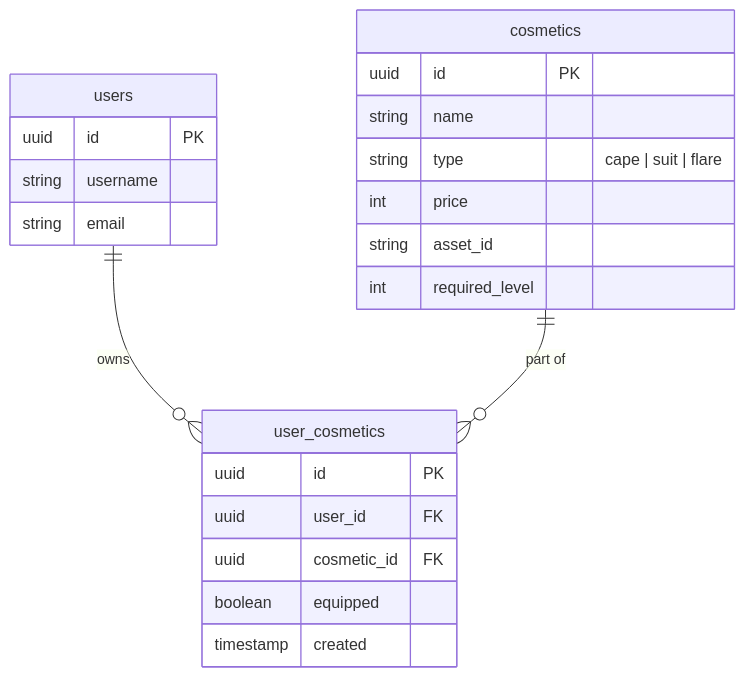
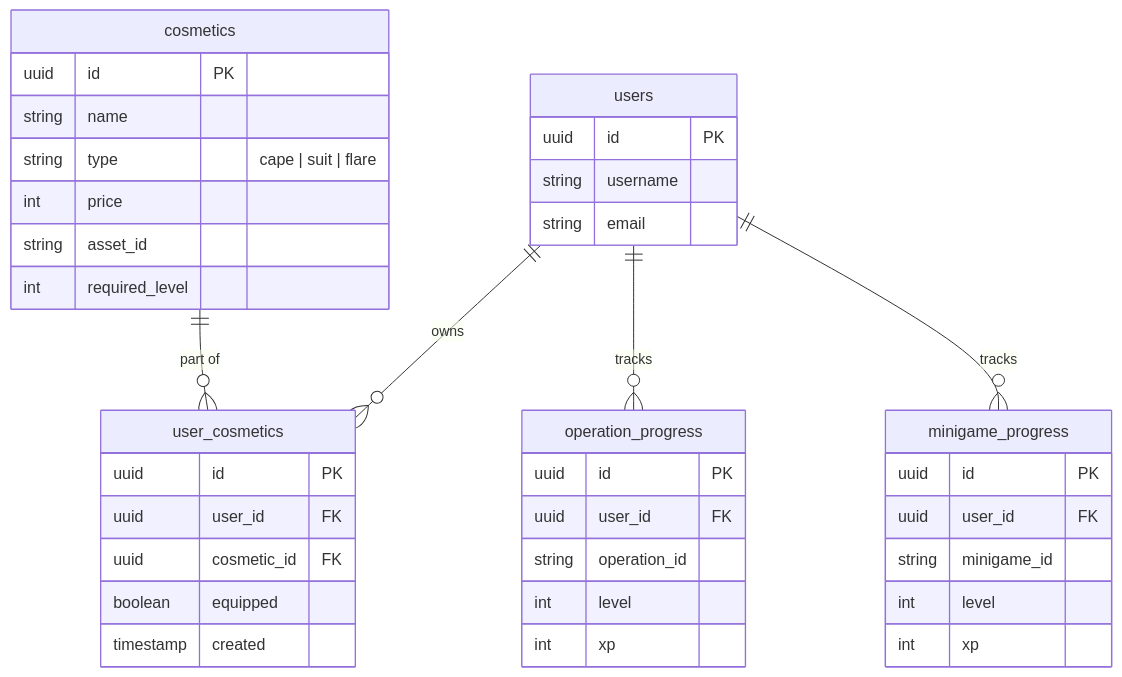
The diagram in docs/game_proposal.md (webstartapp/mathematador), drawn with Mermaid before and after one commit. The commit also changed other lines of this file and 1 other file, not shown here.

Commit message:
docs: add Daily Corrida challenge mode and minigame progression tracking

````diff
--- a/docs/game_proposal.md
+++ b/docs/game_proposal.md
@@ -67,25 +81,41 @@
 ```mermaid
 erDiagram
     users ||--o{ user_cosmetics : owns
     cosmetics ||--o{ user_cosmetics : "part of"
+    users ||--o{ operation_progress : tracks
+    users ||--o{ minigame_progress : tracks
     users {
         uuid id PK
         string username
         string email
     }
     cosmetics {
         uuid id PK
         string name
         string type "cape | suit | flare"
         int price
         string asset_id
         int required_level
     }
     user_cosmetics {
         uuid id PK
         uuid user_id FK
         uuid cosmetic_id FK
         boolean equipped
         timestamp created
     }
+    operation_progress {
+        uuid id PK
+        uuid user_id FK
+        string operation_id
+        int level
+        int xp
+    }
+    minigame_progress {
+        uuid id PK
+        uuid user_id FK
+        string minigame_id
+        int level
+        int xp
+    }
 ```
````
